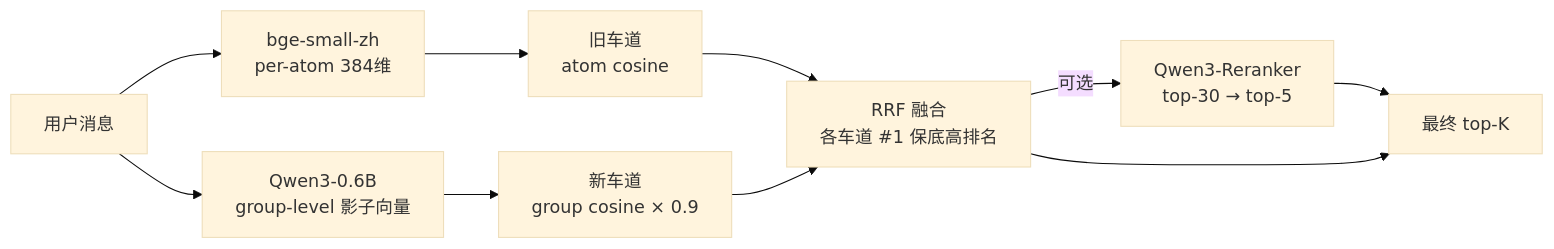
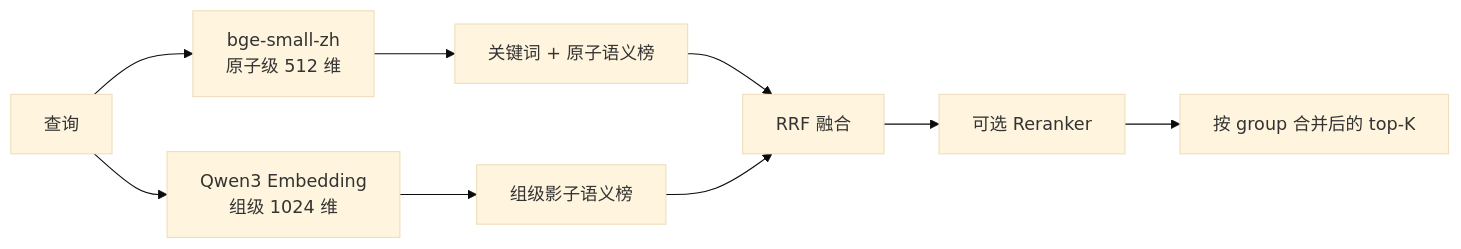
Before and after one commit to TAra93-1/AZOTH_mem: the fifth of 5 diagrams in azoth_memory_system_anatomy.md, drawn with Mermaid (base theme). The commit also changed other lines of this file and 1 other file, not shown here.

First line of the commit message:
docs: update AZOTH memory architecture

````diff
--- a/azoth_memory_system_anatomy.md
+++ b/azoth_memory_system_anatomy.md
@@ -383,15 +334,11 @@
 ```mermaid
 flowchart LR
-    Q["用户消息"] --> EMB1["bge-small-zh<br/>per-atom 384维"]
-    Q --> EMB2["Qwen3-0.6B<br/>group-level 影子向量"]
-    
-    EMB1 --> LANE1["旧车道<br/>atom cosine"]
-    EMB2 --> LANE2["新车道<br/>group cosine × 0.9"]
-    
-    LANE1 --> RRF["RRF 融合<br/>各车道 #1 保底高排名"]
-    LANE2 --> RRF
-    
-    RRF --> |"可选"| RERANK["Qwen3-Reranker<br/>top-30 → top-5"]
-    RERANK --> RESULT["最终 top-K"]
-    RRF --> RESULT
+    Q["查询"] --> BGE["bge-small-zh<br/>原子级 512 维"]
+    Q --> QWEN["Qwen3 Embedding<br/>组级 1024 维"]
+    BGE --> L1["关键词 + 原子语义榜"]
+    QWEN --> L2["组级影子语义榜"]
+    L1 --> RRF["RRF 融合"]
+    L2 --> RRF
+    RRF --> RR["可选 Reranker"]
+    RR --> TOP["按 group 合并后的 top-K"]
 ```
````
